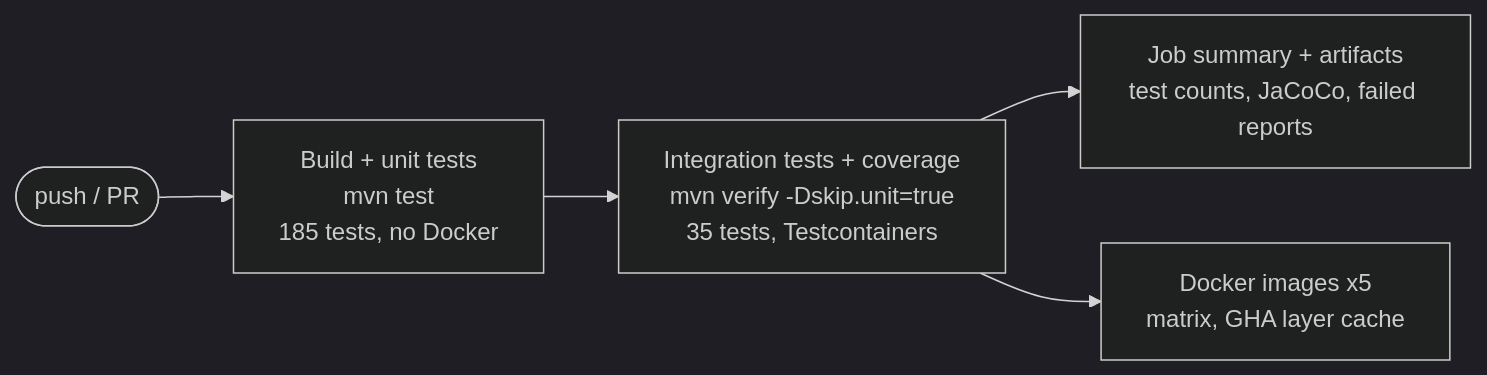
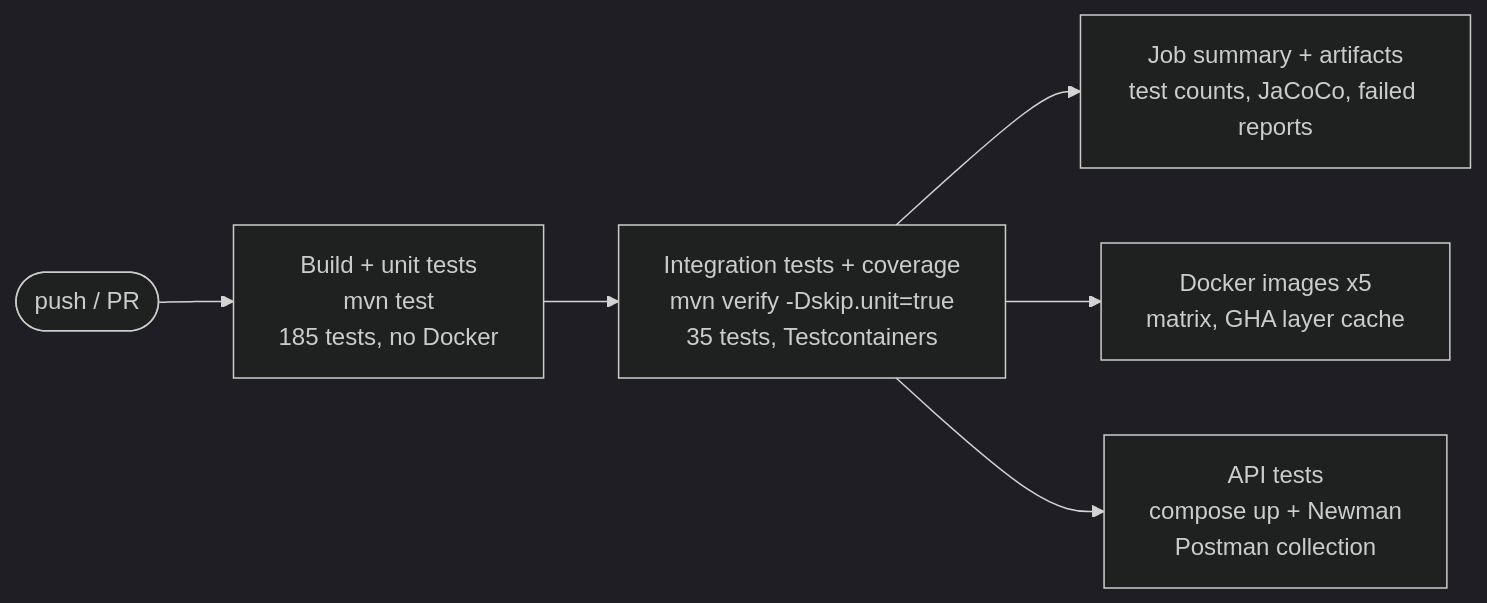
Before and after one commit to rajdeephere/claimflow: the diagram in docs/phases/phase-08-docker-ci.md, drawn with Mermaid (dark theme). The commit also changed other lines of this file and 15 other files, not shown here.

First line of the commit message:
test: Postman collection for all APIs + Newman API tests in CI

````diff
--- a/docs/phases/phase-08-docker-ci.md
+++ b/docs/phases/phase-08-docker-ci.md
@@ -22,7 +23,8 @@
 ```mermaid
 flowchart LR
     push([push / PR]) --> build[Build + unit tests<br/>mvn test<br/>185 tests, no Docker]
     build --> it[Integration tests + coverage<br/>mvn verify -Dskip.unit=true<br/>35 tests, Testcontainers]
     it --> summary[Job summary + artifacts<br/>test counts, JaCoCo, failed reports]
     it --> images[Docker images x5<br/>matrix, GHA layer cache]
+    it --> api[API tests<br/>compose up + Newman<br/>Postman collection]
 ```
````
